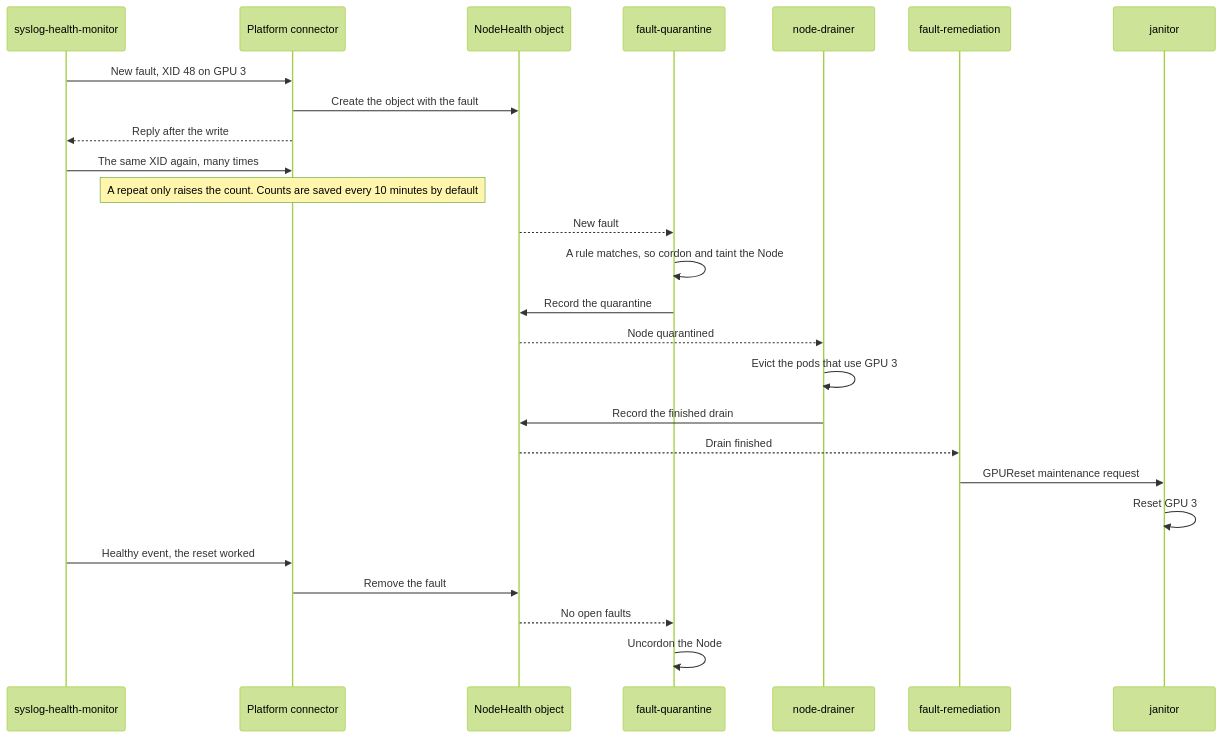
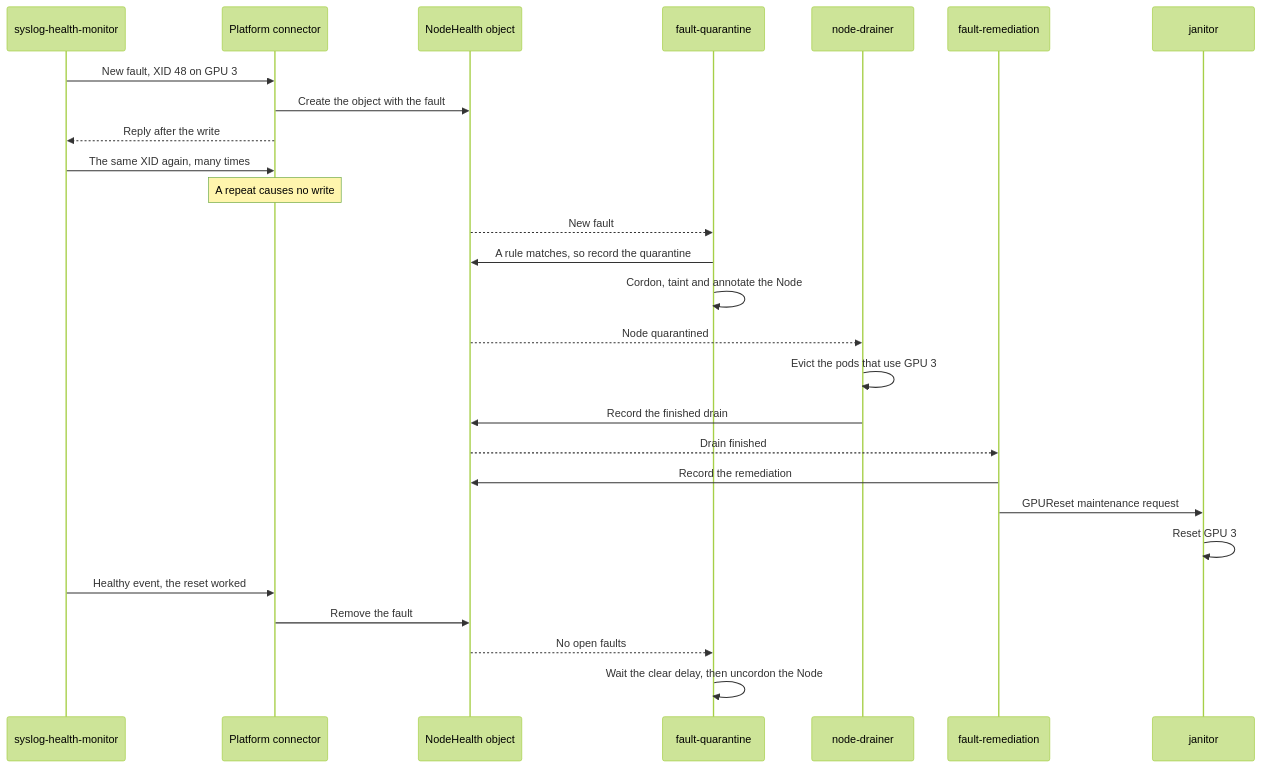
One commit to KaivalyaMDabhadkar/NVSentinel changed the second of 3 diagrams in docs/designs/063-nodehealth-remediation-without-a-database.md. Above: the diagram before and after it, drawn with Mermaid (forest theme). The commit also changed other lines of this file, not shown here.

````diff
--- a/docs/designs/063-nodehealth-remediation-without-a-database.md
+++ b/docs/designs/063-nodehealth-remediation-without-a-database.md
@@ -212,28 +203,29 @@
 ```mermaid
 sequenceDiagram
   participant Mon as syslog-health-monitor
   participant PC as Platform connector
   participant NH as NodeHealth object
   participant FQ as fault-quarantine
   participant ND as node-drainer
   participant FR as fault-remediation
   participant Jan as janitor
   Mon->>PC: New fault, XID 48 on GPU 3
   PC->>NH: Create the object with the fault
   PC-->>Mon: Reply after the write
   Mon->>PC: The same XID again, many times
-  Note over PC: A repeat only raises the count. Counts are saved every 10 minutes by default
+  Note over PC: A repeat causes no write
   NH-->>FQ: New fault
-  FQ->>FQ: A rule matches, so cordon and taint the Node
-  FQ->>NH: Record the quarantine
+  FQ->>NH: A rule matches, so record the quarantine
+  FQ->>FQ: Cordon, taint and annotate the Node
   NH-->>ND: Node quarantined
   ND->>ND: Evict the pods that use GPU 3
   ND->>NH: Record the finished drain
   NH-->>FR: Drain finished
+  FR->>NH: Record the remediation
   FR->>Jan: GPUReset maintenance request
   Jan->>Jan: Reset GPU 3
   Mon->>PC: Healthy event, the reset worked
   PC->>NH: Remove the fault
   NH-->>FQ: No open faults
-  FQ->>FQ: Uncordon the Node
+  FQ->>FQ: Wait the clear delay, then uncordon the Node
 ```
````
